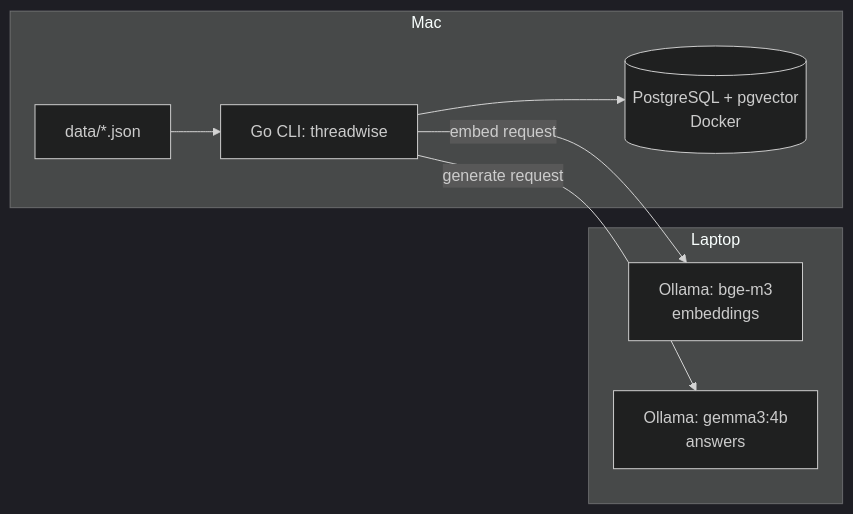
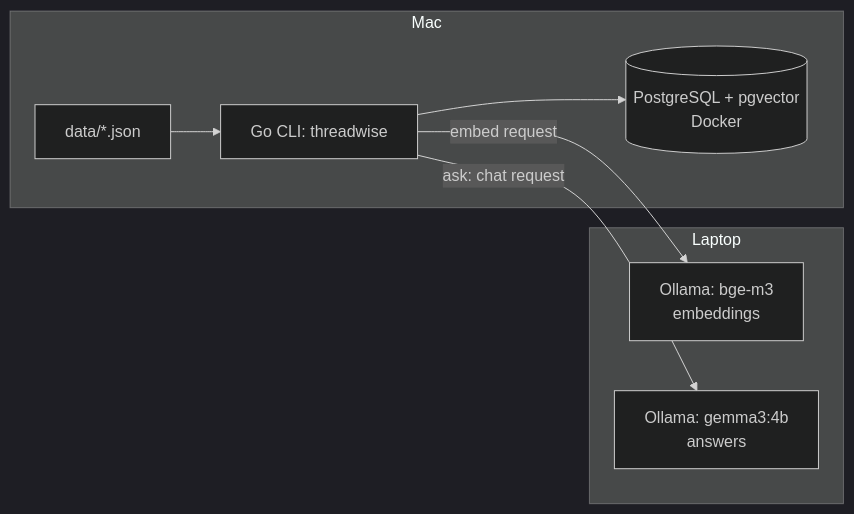
The diagram in docs/architecture.md (selitskayaaline/threadwise), drawn with Mermaid (dark theme) before and after one commit. The commit also changed other lines of this file and 10 other files, not shown here.

````diff
--- a/docs/architecture.md
+++ b/docs/architecture.md
@@ -5,18 +5,18 @@
 ```mermaid
 flowchart LR
     subgraph Mac
         CLI[Go CLI: threadwise]
         DB[(PostgreSQL + pgvector\nDocker)]
         Files[data/*.json]
         CLI --> DB
         Files --> CLI
     end
 
     subgraph Laptop
         Embed[Ollama: bge-m3\nembeddings]
         Gen[Ollama: gemma3:4b\nanswers]
     end
 
     CLI -->|embed request| Embed
-    CLI -->|generate request| Gen
+    CLI -->|ask: chat request| Gen
 ```
````
